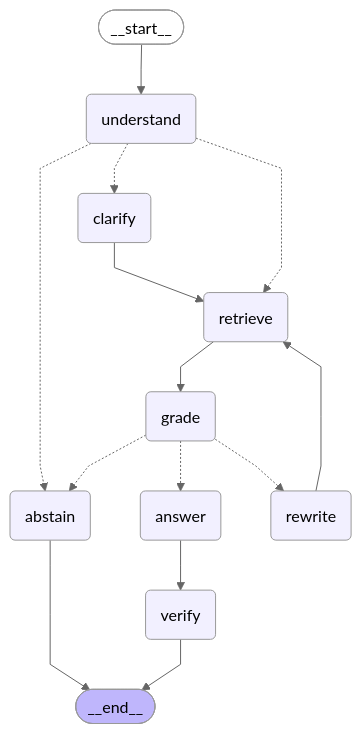
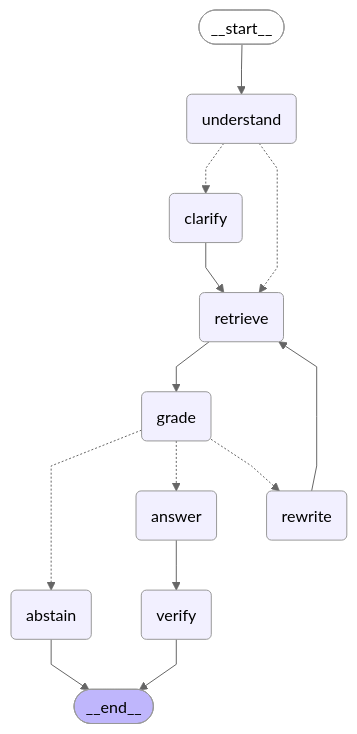
The fourth of 5 diagrams in docs/graphs.md (fodorad/labmate), drawn with Mermaid (neutral theme) before and after one commit. The commit also changed 6 other files, not shown here.

First line of the commit message:
docs: one pipeline diagram per use case, in the README and docs/pipelines.md

````diff
--- a/docs/graphs.md
+++ b/docs/graphs.md
@@ -96,34 +96,33 @@
 ```mermaid
 ---
 config:
   flowchart:
     curve: linear
 ---
 graph TD;
 	__start__([<p>__start__</p>]):::first
 	understand(understand)
 	clarify(clarify)
 	retrieve(retrieve)
 	grade(grade)
 	rewrite(rewrite)
 	answer(answer)
 	verify(verify)
 	abstain(abstain)
 	__end__([<p>__end__</p>]):::last
 	__start__ --> understand;
 	answer --> verify;
 	clarify --> retrieve;
 	grade -.-> abstain;
 	grade -.-> answer;
 	grade -.-> rewrite;
 	retrieve --> grade;
 	rewrite --> retrieve;
-	understand -.-> abstain;
 	understand -.-> clarify;
 	understand -.-> retrieve;
 	abstain --> __end__;
 	verify --> __end__;
 	classDef default fill:#f2f0ff,line-height:1.2
 	classDef first fill-opacity:0
 	classDef last fill:#bfb6fc
 ```
````
